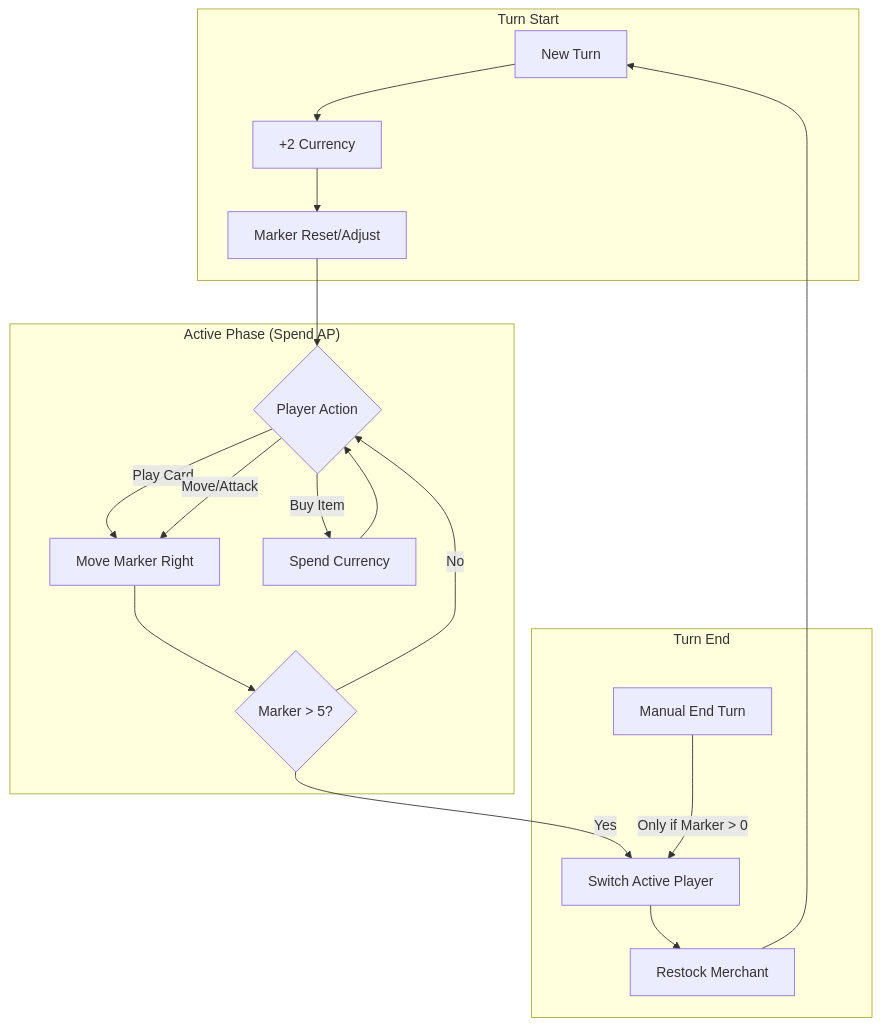
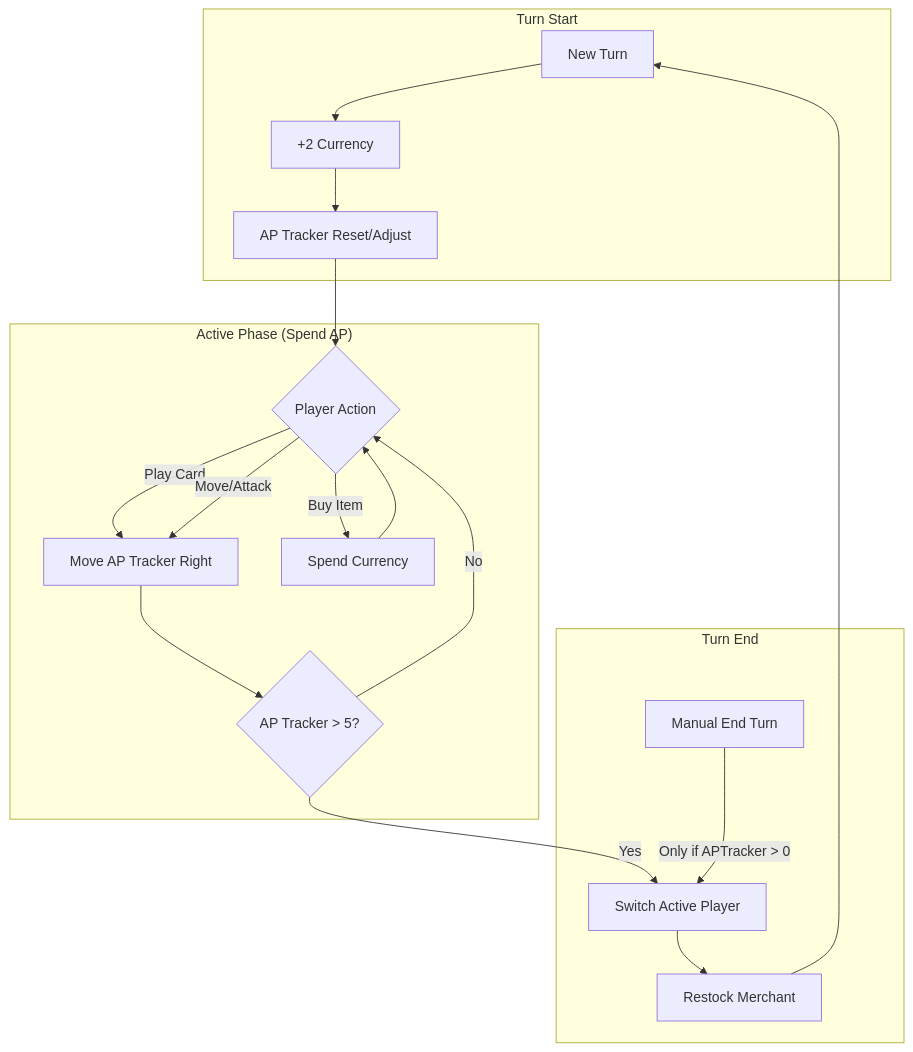
One commit to tory37/project-n1b changed the diagram in design/MVP_PLAN.md. Above: the diagram before and after it, drawn with Mermaid. The commit also changed other lines of this file and 258 other files, not shown here.

````diff
--- a/design/MVP_PLAN.md
+++ b/design/MVP_PLAN.md
@@ -47,24 +47,24 @@
 ```mermaid
 graph TD
     subgraph "Turn Start"
         Start[New Turn] --> Income[+2 Currency]
-        Income --> MarkerCheck[Marker Reset/Adjust]
+        Income --> APTrackerCheck[AP Tracker Reset/Adjust]
     end
 
     subgraph "Active Phase (Spend AP)"
-        MarkerCheck --> PlayerAction{Player Action}
-        PlayerAction -- Play Card --> MarkerRight[Move Marker Right]
-        PlayerAction -- Move/Attack --> MarkerRight
+        APTrackerCheck --> PlayerAction{Player Action}
+        PlayerAction -- Play Card --> APTrackerRight[Move AP Tracker Right]
+        PlayerAction -- Move/Attack --> APTrackerRight
         PlayerAction -- Buy Item --> CurrencySpend[Spend Currency]
         CurrencySpend --> PlayerAction
-        MarkerRight --> Threshold{Marker > 5?}
+        APTrackerRight --> Threshold{AP Tracker > 5?}
     end
 
     subgraph "Turn End"
         Threshold -- Yes --> Switch[Switch Active Player]
         Threshold -- No --> PlayerAction
-        ManualEnd[Manual End Turn] -- Only if Marker > 0 --> Switch
+        ManualEnd[Manual End Turn] -- Only if APTracker > 0 --> Switch
         Switch --> Restock[Restock Merchant]
         Restock --> Start
     end
 ```
````
